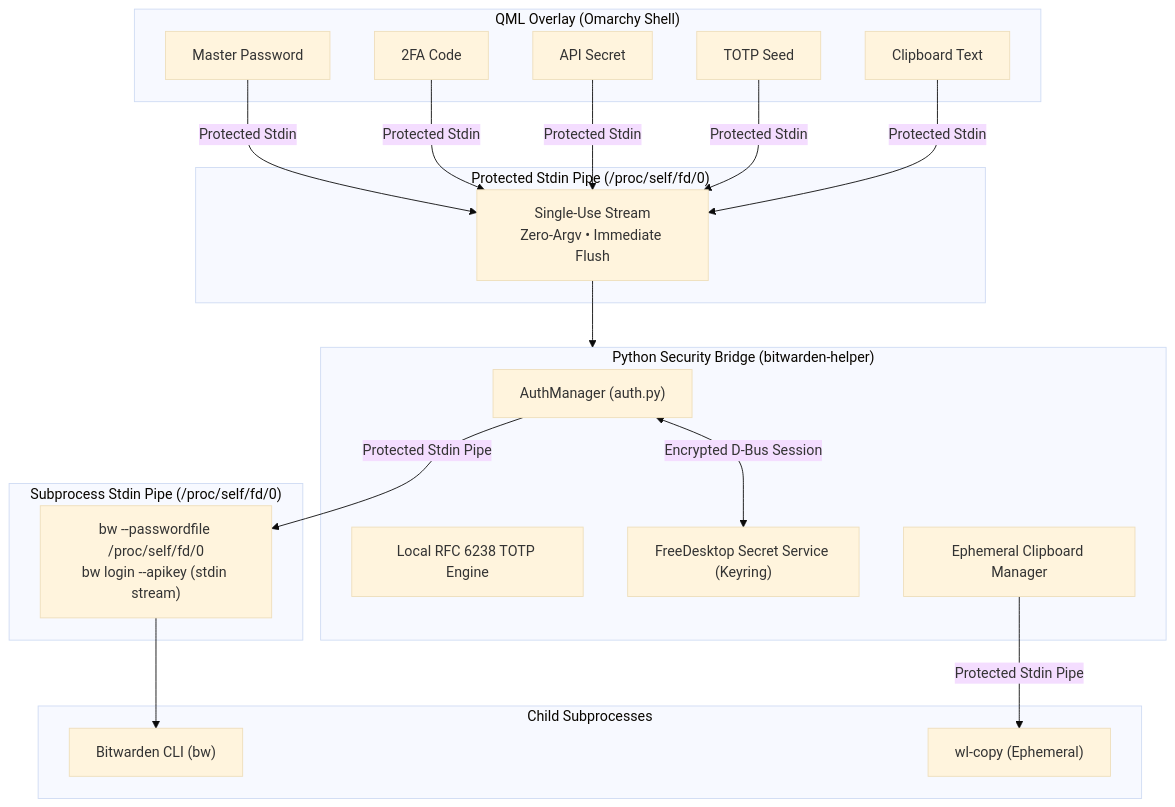
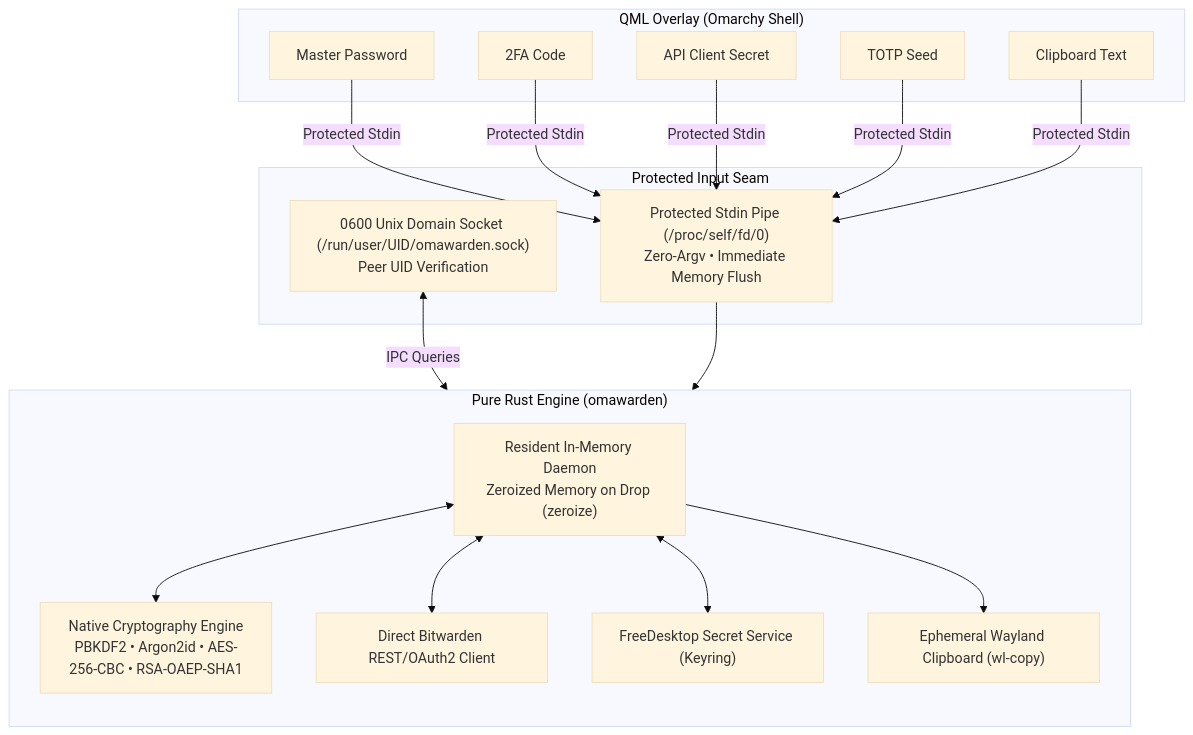
The diagram in README.md (icyleaf/omarchy-bitwarden), drawn with Mermaid (base theme) before and after one commit. The commit also changed other lines of this file, not shown here.

Commit message:
docs: update README with pure Rust security architecture and features

````diff
--- a/README.md
+++ b/README.md
@@ -110,42 +113,38 @@
 ```mermaid
 flowchart TD
     subgraph Frontend["QML Overlay (Omarchy Shell)"]
         UI_Pwd["Master Password"]
         UI_2FA["2FA Code"]
-        UI_API["API Secret"]
+        UI_API["API Client Secret"]
         UI_TOTP["TOTP Seed"]
         UI_Clip["Clipboard Text"]
     end
 
-    subgraph Pipe1["Protected Stdin Pipe (/proc/self/fd/0)"]
-        P1["Single-Use Stream\nZero-Argv • Immediate Flush"]
+    subgraph Seam["Protected Input Seam"]
+        P_Stdin["Protected Stdin Pipe (/proc/self/fd/0)\nZero-Argv • Immediate Memory Flush"]
+        P_Sock["0600 Unix Domain Socket (/run/user/UID/omawarden.sock)\nPeer UID Verification"]
     end
 
-    subgraph Helper["Python Security Bridge (bitwarden-helper)"]
-        CLI_Auth["AuthManager (auth.py)"]
-        CLI_Totp["Local RFC 6238 TOTP Engine"]
-        CLI_Keyring["FreeDesktop Secret Service (Keyring)"]
-        CLI_Clip["Ephemeral Clipboard Manager"]
+    subgraph Engine["Pure Rust Engine (omawarden)"]
+        direction TB
+        Daemon["Resident In-Memory Daemon\nZeroized Memory on Drop (zeroize)"]
+        Crypto["Native Cryptography Engine\nPBKDF2 • Argon2id • AES-256-CBC • RSA-OAEP-SHA1"]
+        REST["Direct Bitwarden REST/OAuth2 Client"]
+        Keyring["FreeDesktop Secret Service (Keyring)"]
+        Clipboard["Ephemeral Wayland Clipboard (wl-copy)"]
     end
 
-    subgraph Pipe2["Subprocess Stdin Pipe (/proc/self/fd/0)"]
-        P2["bw --passwordfile /proc/self/fd/0\nbw login --apikey (stdin stream)"]
-    end
+    UI_Pwd -->|Protected Stdin| P_Stdin
+    UI_2FA -->|Protected Stdin| P_Stdin
+    UI_API -->|Protected Stdin| P_Stdin
+    UI_TOTP -->|Protected Stdin| P_Stdin
+    UI_Clip -->|Protected Stdin| P_Stdin
 
-    subgraph Subprocesses["Child Subprocesses"]
-        BW["Bitwarden CLI (bw)"]
-        WL["wl-copy (Ephemeral)"]
-    end
+    P_Stdin --> Engine
+    P_Sock <-->|IPC Queries| Daemon
 
-    UI_Pwd -->|Protected Stdin| P1
-    UI_2FA -->|Protected Stdin| P1
-    UI_API -->|Protected Stdin| P1
-    UI_TOTP -->|Protected Stdin| P1
-    UI_Clip -->|Protected Stdin| P1
-
-    P1 --> Helper
-    CLI_Auth -->|Protected Stdin Pipe| P2
-    CLI_Auth <-->|Encrypted D-Bus Session| CLI_Keyring
-    CLI_Clip -->|Protected Stdin Pipe| WL
-    P2 --> BW
+    Daemon <--> Crypto
+    Daemon <--> REST
+    Daemon <--> Keyring
+    Daemon --> Clipboard
 ```
````
